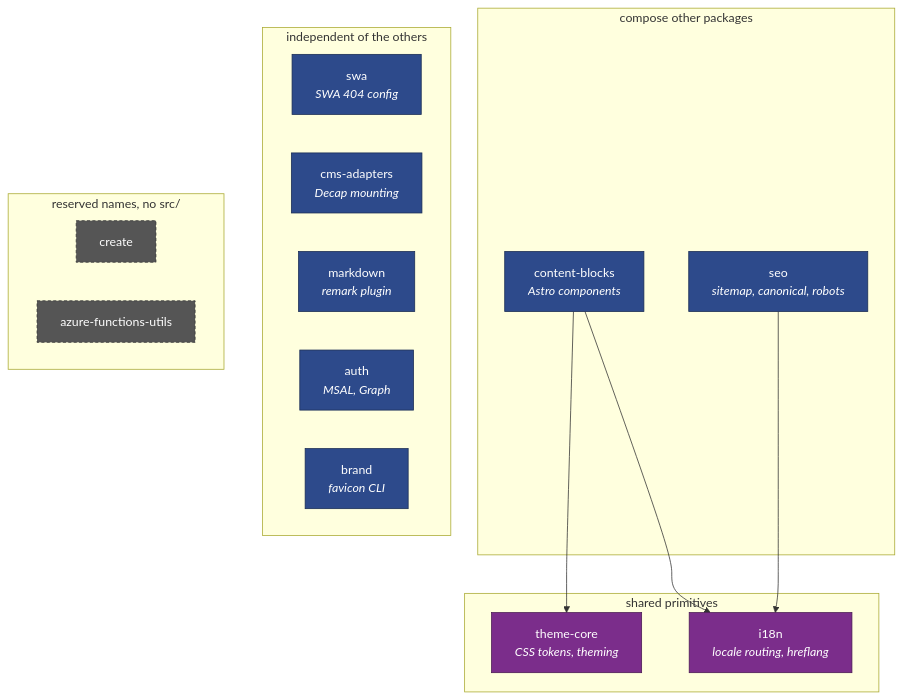
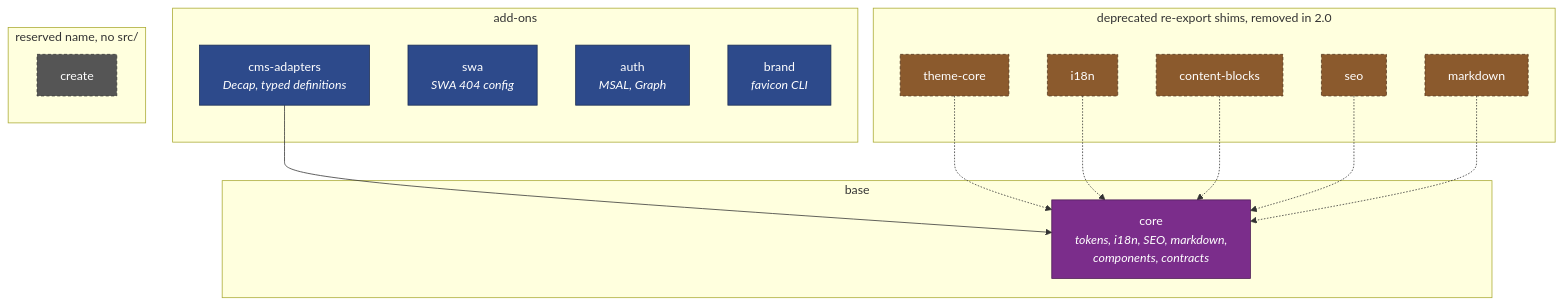
Before and after one commit to achimismaili/easy-web: the first of 4 diagrams in docs/architecture.md, drawn with Mermaid. The commit also changed other lines of this file and 307 other files, not shown here.

First line of the commit message:
feat: consolidate shared contracts and primitives in @easy-web/core (#21)

````diff
--- a/docs/architecture.md
+++ b/docs/architecture.md
@@ -15,36 +16,41 @@
 ```mermaid
 graph TD
-  subgraph composers["compose other packages"]
-    blocks["content-blocks<br/><i>Astro components</i>"]
-    seo["seo<br/><i>sitemap, canonical, robots</i>"]
+  subgraph base["base"]
+    core["core<br/><i>tokens, i18n, SEO, markdown,<br/>components, contracts</i>"]
   end
 
-  subgraph shared["shared primitives"]
-    theme["theme-core<br/><i>CSS tokens, theming</i>"]
-    i18n["i18n<br/><i>locale routing, hreflang</i>"]
-  end
-
-  subgraph standalone["independent of the others"]
+  subgraph addons["add-ons"]
+    cms["cms-adapters<br/><i>Decap, typed definitions</i>"]
     swa["swa<br/><i>SWA 404 config</i>"]
-    cms["cms-adapters<br/><i>Decap mounting</i>"]
-    md["markdown<br/><i>remark plugin</i>"]
     auth["auth<br/><i>MSAL, Graph</i>"]
     brand["brand<br/><i>favicon CLI</i>"]
   end
 
-  subgraph stubs["reserved names, no src/"]
-    create["create"]
-    afu["azure-functions-utils"]
+  subgraph shims["deprecated re-export shims, removed in 2.0"]
+    theme["theme-core"]
+    i18n["i18n"]
+    blocks["content-blocks"]
+    seo["seo"]
+    md["markdown"]
   end
 
-  blocks --> theme
-  blocks --> i18n
-  seo --> i18n
+  subgraph stubs["reserved name, no src/"]
+    create["create"]
+  end
 
+  cms --> core
+  theme -.-> core
+  i18n -.-> core
+  blocks -.-> core
+  seo -.-> core
+  md -.-> core
+
+  classDef prim fill:#7b2d8b,color:#fff,stroke:#4a1a54
   classDef ship fill:#2d4a8b,color:#fff,stroke:#1a2d54
-  classDef prim fill:#7b2d8b,color:#fff,stroke:#4a1a54
+  classDef shim fill:#8b5a2d,color:#fff,stroke:#54341a,stroke-dasharray:4 3
   classDef stub fill:#555,color:#fff,stroke:#333,stroke-dasharray:4 3
-  class blocks,seo,swa,cms,md,auth,brand ship
-  class theme,i18n prim
-  class create,afu stub
+  class core prim
+  class cms,swa,auth,brand ship
+  class theme,i18n,blocks,seo,md shim
+  class create stub
 ```
````
